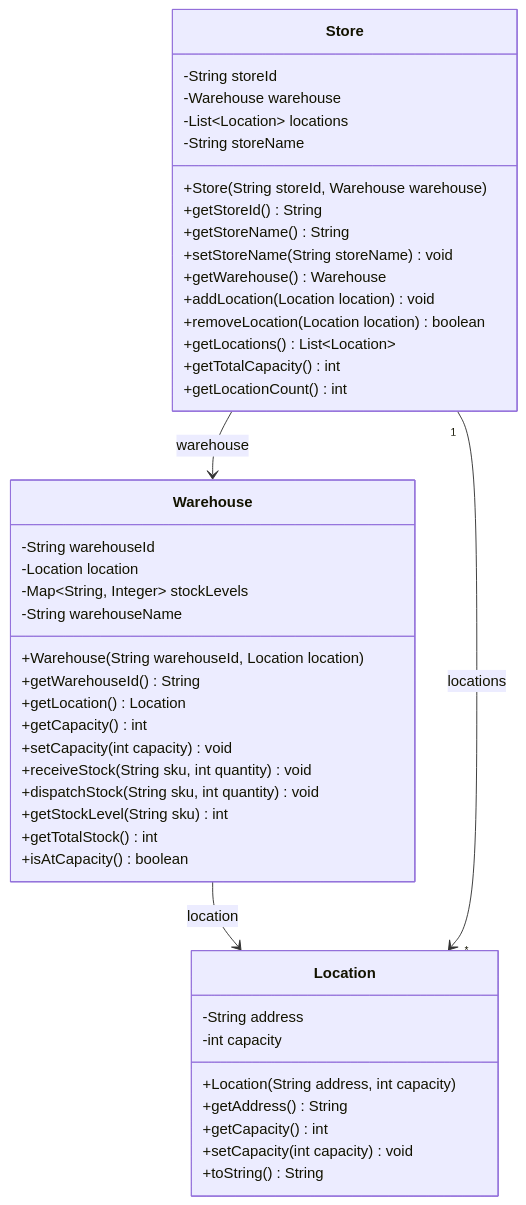
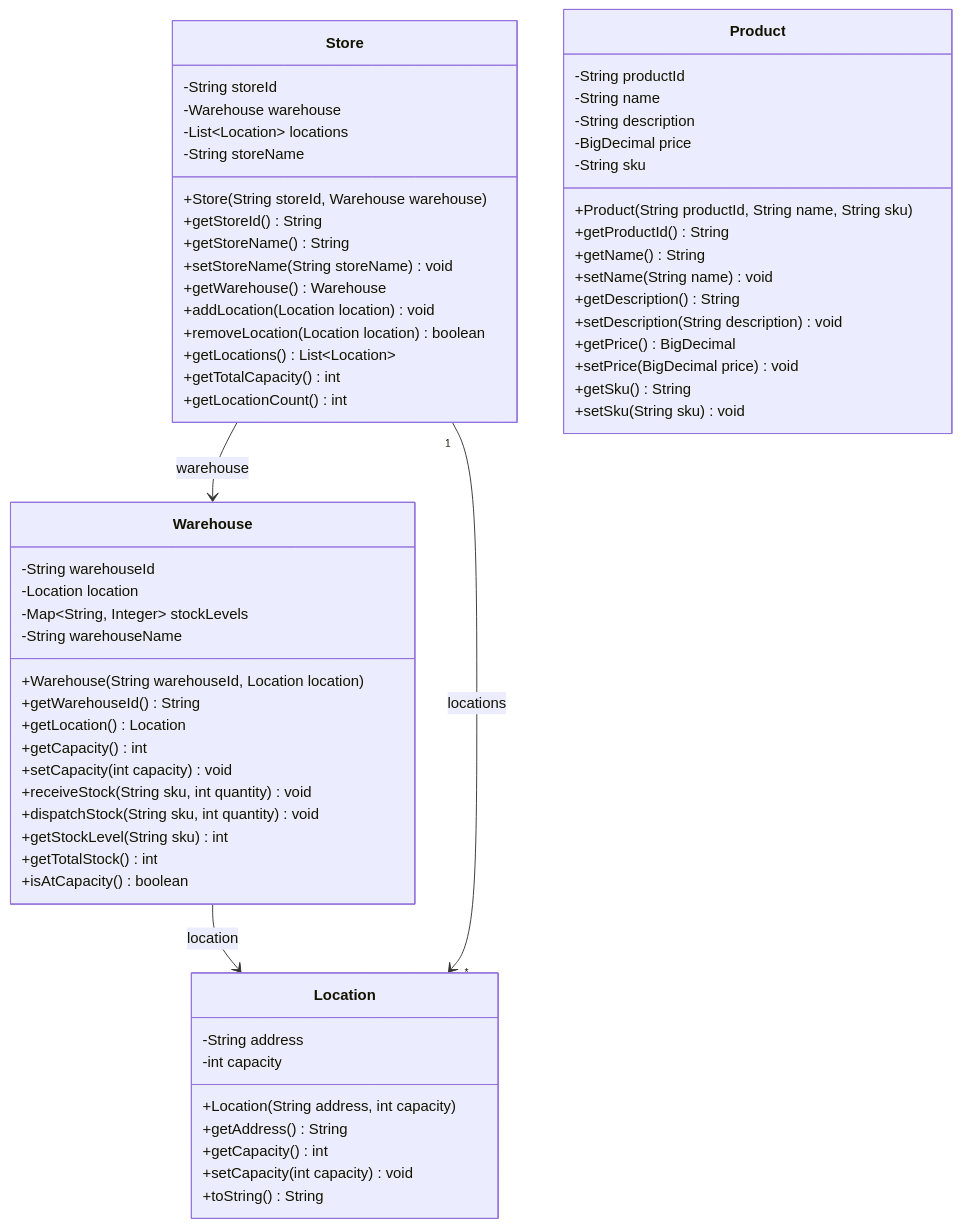
The diagram in docs/diagrams/class-diagram.md (nichom01/GitHub-bob-demo), drawn with Mermaid before and after one commit. The commit also changed 3 other files, not shown here.

Commit message:
docs: auto-update release notes and diagrams via Bob

````diff
--- a/docs/diagrams/class-diagram.md
+++ b/docs/diagrams/class-diagram.md
@@ -3,50 +3,68 @@
 ```mermaid
 classDiagram
     class Location {
         -String address
         -int capacity
         +Location(String address, int capacity)
         +getAddress() String
         +getCapacity() int
         +setCapacity(int capacity) void
         +toString() String
     }
 
     class Warehouse {
         -String warehouseId
         -Location location
         -Map~String, Integer~ stockLevels
         -String warehouseName
         +Warehouse(String warehouseId, Location location)
         +getWarehouseId() String
         +getLocation() Location
         +getCapacity() int
         +setCapacity(int capacity) void
         +receiveStock(String sku, int quantity) void
         +dispatchStock(String sku, int quantity) void
         +getStockLevel(String sku) int
         +getTotalStock() int
         +isAtCapacity() boolean
     }
 
     class Store {
         -String storeId
         -Warehouse warehouse
         -List~Location~ locations
         -String storeName
         +Store(String storeId, Warehouse warehouse)
         +getStoreId() String
         +getStoreName() String
         +setStoreName(String storeName) void
         +getWarehouse() Warehouse
         +addLocation(Location location) void
         +removeLocation(Location location) boolean
         +getLocations() List~Location~
         +getTotalCapacity() int
         +getLocationCount() int
     }
 
+    class Product {
+        -String productId
+        -String name
+        -String description
+        -BigDecimal price
+        -String sku
+        +Product(String productId, String name, String sku)
+        +getProductId() String
+        +getName() String
+        +setName(String name) void
+        +getDescription() String
+        +setDescription(String description) void
+        +getPrice() BigDecimal
+        +setPrice(BigDecimal price) void
+        +getSku() String
+        +setSku(String sku) void
+    }
+
     Warehouse --> Location : location
     Store --> Warehouse : warehouse
     Store "1" --> "*" Location : locations
 ```
````
